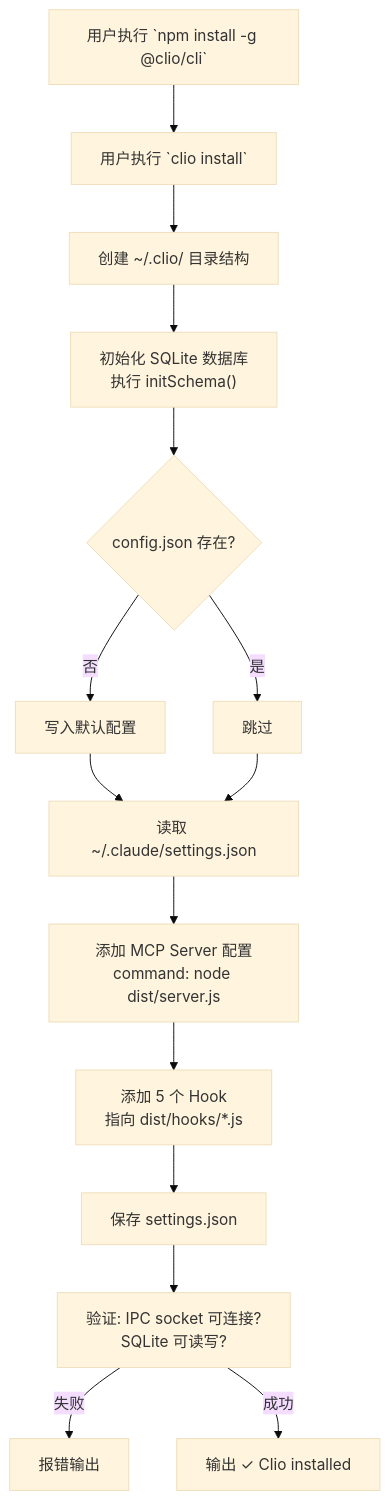
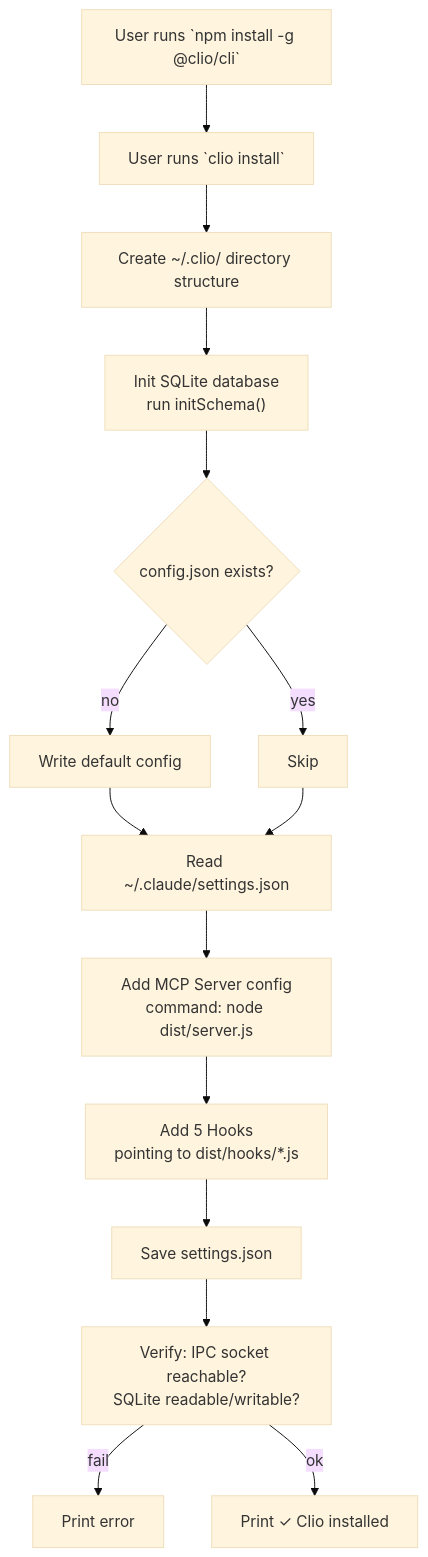
One commit to Lucas-lgm/clio changed the third of 10 diagrams in docs/architecture.md. Above: the diagram before and after it, drawn with Mermaid (base theme). The commit also changed other lines of this file and 13 other files, not shown here.

````diff
--- a/docs/architecture.md
+++ b/docs/architecture.md
@@ -259,17 +259,17 @@
 ```mermaid
 flowchart TD
-    A[用户执行 `npm install -g @clio/cli`] --> B[用户执行 `clio install`]
-    B --> C[创建 ~/.clio/ 目录结构]
-    C --> D["初始化 SQLite 数据库<br>执行 initSchema()"]
-    D --> E{config.json 存在?}
-    E -->|否| F[写入默认配置]
-    E -->|是| G[跳过]
-    F --> H[读取 ~/.claude/settings.json]
+    A["User runs `npm install -g @clio/cli`"] --> B["User runs `clio install`"]
+    B --> C["Create ~/.clio/ directory structure"]
+    C --> D["Init SQLite database<br>run initSchema()"]
+    D --> E{config.json exists?}
+    E -->|no| F["Write default config"]
+    E -->|yes| G["Skip"]
+    F --> H["Read ~/.claude/settings.json"]
     G --> H
-    H --> I["添加 MCP Server 配置<br>command: node dist/server.js"]
-    I --> J["添加 5 个 Hook<br>指向 dist/hooks/*.js"]
-    J --> K[保存 settings.json]
-    K --> L["验证: IPC socket 可连接?<br>SQLite 可读写?"]
-    L -->|失败| M[报错输出]
-    L -->|成功| N[输出 ✓ Clio installed]
+    H --> I["Add MCP Server config<br>command: node dist/server.js"]
+    I --> J["Add 5 Hooks<br>pointing to dist/hooks/*.js"]
+    J --> K["Save settings.json"]
+    K --> L["Verify: IPC socket reachable?<br>SQLite readable/writable?"]
+    L -->|fail| M["Print error"]
+    L -->|ok| N["Print ✓ Clio installed"]
 ```
````
